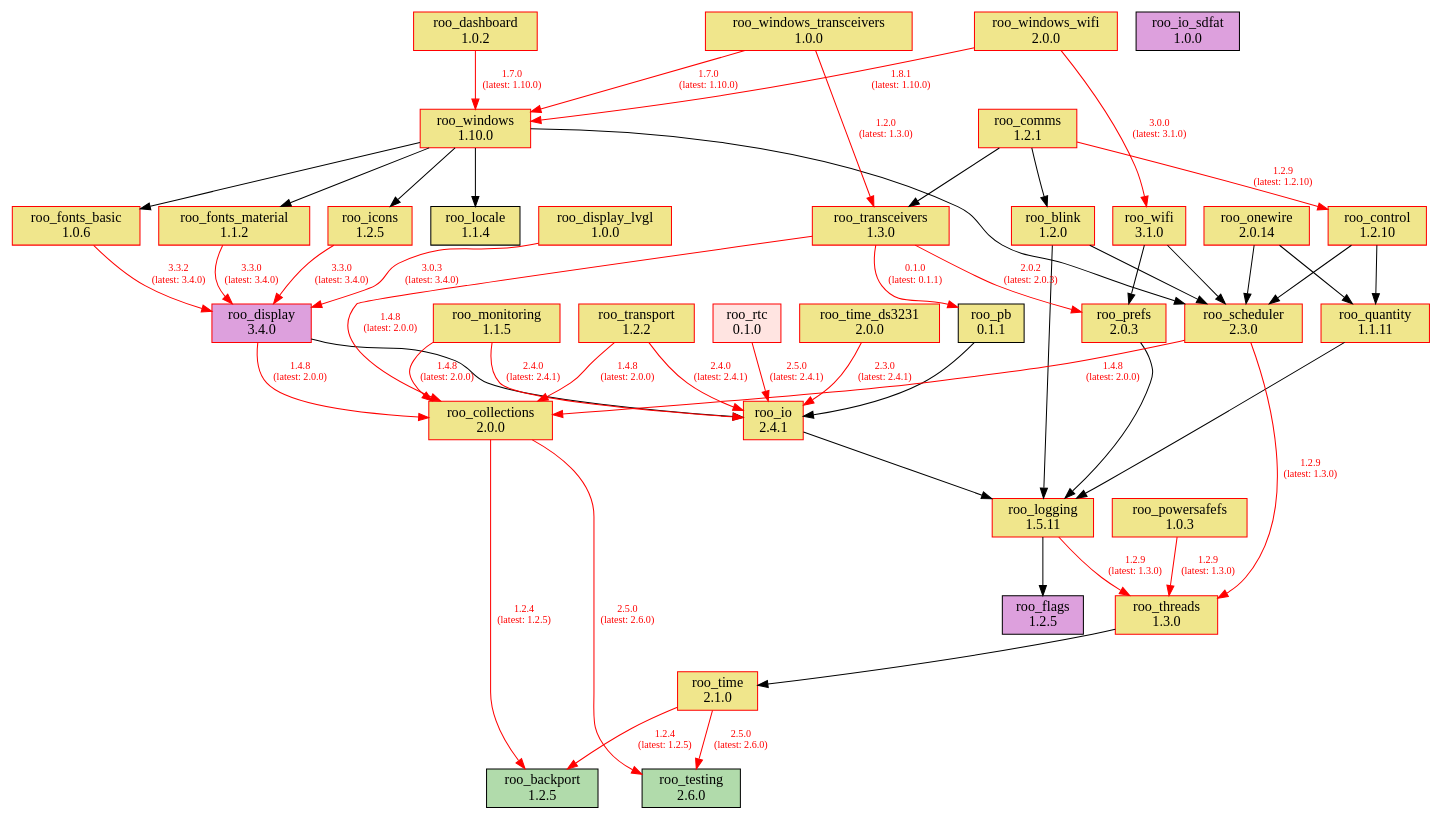
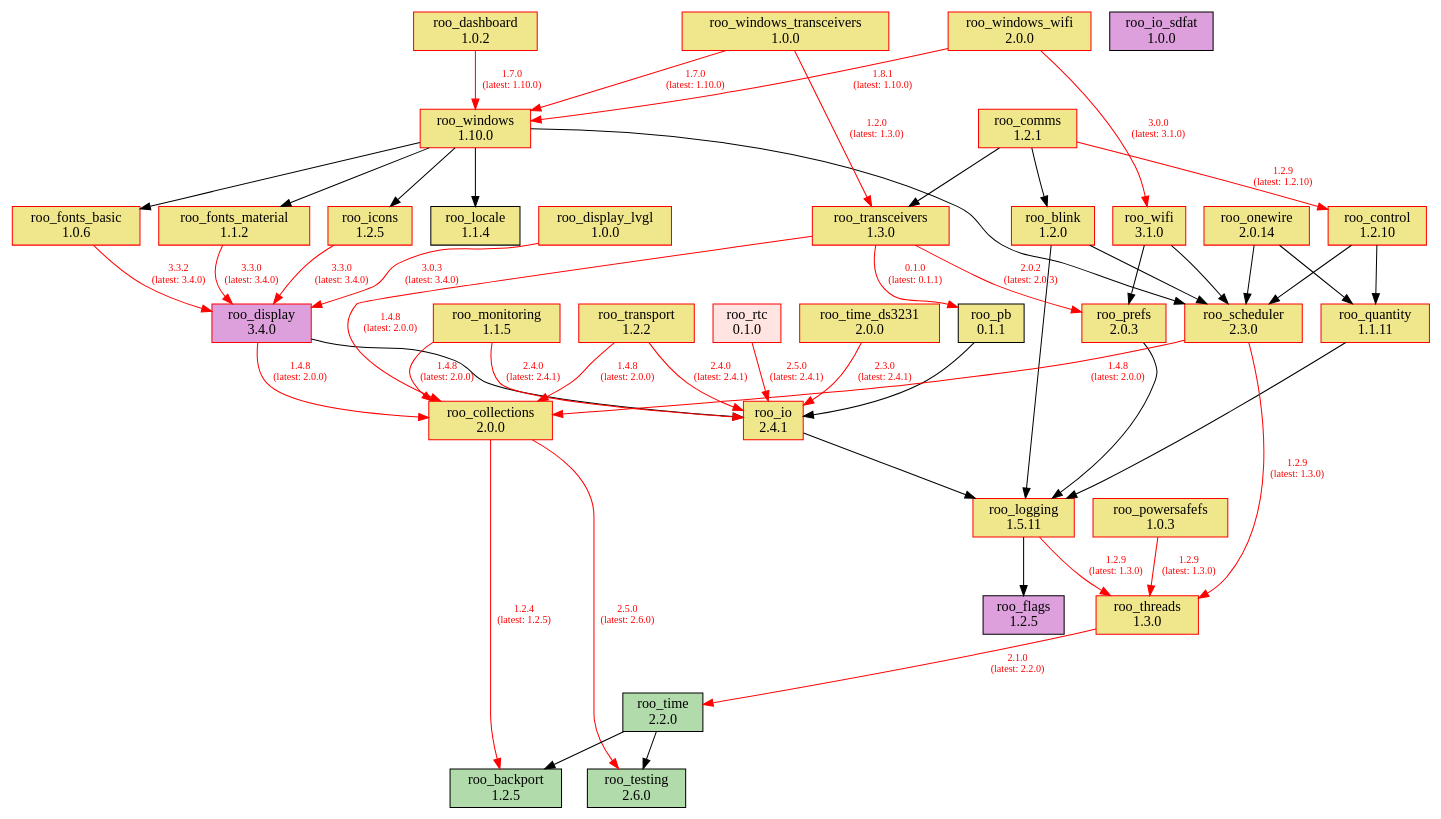
The diagram in doc/dependencies.dot (dejwk/roo-registry), drawn with Graphviz before and after one commit. The commit also changed 3 other files, not shown here.

Commit message:
Added roo_time 2.2.0 to the registry.

```diff
--- a/doc/dependencies.dot
+++ b/doc/dependencies.dot
@@ -1,93 +1,93 @@
 digraph dependencies {
     rankdir=TB;
     node [shape=box, style=filled];
     edge [fontsize=10];
 
     // Modules
     "roo_backport" [label="roo_backport\n1.2.5", fillcolor="#b1dbab", color="black"];
     "roo_blink" [label="roo_blink\n1.2.0", fillcolor="khaki", color="red"];
     "roo_collections" [label="roo_collections\n2.0.0", fillcolor="khaki", color="red"];
     "roo_comms" [label="roo_comms\n1.2.1", fillcolor="khaki", color="red"];
     "roo_control" [label="roo_control\n1.2.10", fillcolor="khaki", color="red"];
     "roo_dashboard" [label="roo_dashboard\n1.0.2", fillcolor="khaki", color="red"];
     "roo_display" [label="roo_display\n3.4.0", fillcolor="plum", color="red"];
     "roo_display_lvgl" [label="roo_display_lvgl\n1.0.0", fillcolor="khaki", color="red"];
     "roo_flags" [label="roo_flags\n1.2.5", fillcolor="plum", color="black"];
     "roo_fonts_basic" [label="roo_fonts_basic\n1.0.6", fillcolor="khaki", color="red"];
     "roo_fonts_material" [label="roo_fonts_material\n1.1.2", fillcolor="khaki", color="red"];
     "roo_icons" [label="roo_icons\n1.2.5", fillcolor="khaki", color="red"];
     "roo_io" [label="roo_io\n2.4.1", fillcolor="khaki", color="red"];
     "roo_io_sdfat" [label="roo_io_sdfat\n1.0.0", fillcolor="plum", color="black"];
     "roo_locale" [label="roo_locale\n1.1.4", fillcolor="khaki", color="black"];
     "roo_logging" [label="roo_logging\n1.5.11", fillcolor="khaki", color="red"];
     "roo_monitoring" [label="roo_monitoring\n1.1.5", fillcolor="khaki", color="red"];
     "roo_onewire" [label="roo_onewire\n2.0.14", fillcolor="khaki", color="red"];
     "roo_pb" [label="roo_pb\n0.1.1", fillcolor="khaki", color="black"];
     "roo_powersafefs" [label="roo_powersafefs\n1.0.3", fillcolor="khaki", color="red"];
     "roo_prefs" [label="roo_prefs\n2.0.3", fillcolor="khaki", color="red"];
     "roo_quantity" [label="roo_quantity\n1.1.11", fillcolor="khaki", color="red"];
     "roo_rtc" [label="roo_rtc\n0.1.0", fillcolor="mistyrose", color="red"];
     "roo_scheduler" [label="roo_scheduler\n2.3.0", fillcolor="khaki", color="red"];
     "roo_testing" [label="roo_testing\n2.6.0", fillcolor="#b1dbab", color="black"];
     "roo_threads" [label="roo_threads\n1.3.0", fillcolor="khaki", color="red"];
-    "roo_time" [label="roo_time\n2.1.0", fillcolor="khaki", color="red"];
+    "roo_time" [label="roo_time\n2.2.0", fillcolor="#b1dbab", color="black"];
     "roo_time_ds3231" [label="roo_time_ds3231\n2.0.0", fillcolor="khaki", color="red"];
     "roo_transceivers" [label="roo_transceivers\n1.3.0", fillcolor="khaki", color="red"];
     "roo_transport" [label="roo_transport\n1.2.2", fillcolor="khaki", color="red"];
     "roo_wifi" [label="roo_wifi\n3.1.0", fillcolor="khaki", color="red"];
     "roo_windows" [label="roo_windows\n1.10.0", fillcolor="khaki", color="red"];
     "roo_windows_transceivers" [label="roo_windows_transceivers\n1.0.0", fillcolor="khaki", color="red"];
     "roo_windows_wifi" [label="roo_windows_wifi\n2.0.0", fillcolor="khaki", color="red"];
 
     // Dependencies
     "roo_blink" -> "roo_logging";
     "roo_blink" -> "roo_scheduler";
     "roo_collections" -> "roo_testing" [color=red, fontcolor=red, label="2.5.0\n(latest: 2.6.0)"];
     "roo_collections" -> "roo_backport" [color=red, fontcolor=red, label="1.2.4\n(latest: 1.2.5)"];
     "roo_comms" -> "roo_blink";
     "roo_comms" -> "roo_control" [color=red, fontcolor=red, label="1.2.9\n(latest: 1.2.10)"];
     "roo_comms" -> "roo_transceivers";
     "roo_control" -> "roo_quantity";
     "roo_control" -> "roo_scheduler";
     "roo_dashboard" -> "roo_windows" [color=red, fontcolor=red, label="1.7.0\n(latest: 1.10.0)"];
     "roo_display" -> "roo_collections" [color=red, fontcolor=red, label="1.4.8\n(latest: 2.0.0)"];
     "roo_display" -> "roo_io";
     "roo_display_lvgl" -> "roo_display" [color=red, fontcolor=red, label="3.0.3\n(latest: 3.4.0)"];
     "roo_fonts_basic" -> "roo_display" [color=red, fontcolor=red, label="3.3.2\n(latest: 3.4.0)"];
     "roo_fonts_material" -> "roo_display" [color=red, fontcolor=red, label="3.3.0\n(latest: 3.4.0)"];
     "roo_icons" -> "roo_display" [color=red, fontcolor=red, label="3.3.0\n(latest: 3.4.0)"];
     "roo_io" -> "roo_logging";
     "roo_logging" -> "roo_flags";
     "roo_logging" -> "roo_threads" [color=red, fontcolor=red, label="1.2.9\n(latest: 1.3.0)"];
     "roo_monitoring" -> "roo_collections" [color=red, fontcolor=red, label="1.4.8\n(latest: 2.0.0)"];
     "roo_monitoring" -> "roo_io" [color=red, fontcolor=red, label="2.4.0\n(latest: 2.4.1)"];
     "roo_onewire" -> "roo_scheduler";
     "roo_onewire" -> "roo_quantity";
     "roo_pb" -> "roo_io";
     "roo_powersafefs" -> "roo_threads" [color=red, fontcolor=red, label="1.2.9\n(latest: 1.3.0)"];
     "roo_prefs" -> "roo_logging";
     "roo_quantity" -> "roo_logging";
     "roo_rtc" -> "roo_io" [color=red, fontcolor=red, label="2.5.0\n(latest: 2.4.1)"];
     "roo_scheduler" -> "roo_collections" [color=red, fontcolor=red, label="1.4.8\n(latest: 2.0.0)"];
     "roo_scheduler" -> "roo_threads" [color=red, fontcolor=red, label="1.2.9\n(latest: 1.3.0)"];
-    "roo_threads" -> "roo_time";
-    "roo_time" -> "roo_testing" [color=red, fontcolor=red, label="2.5.0\n(latest: 2.6.0)"];
-    "roo_time" -> "roo_backport" [color=red, fontcolor=red, label="1.2.4\n(latest: 1.2.5)"];
+    "roo_threads" -> "roo_time" [color=red, fontcolor=red, label="2.1.0\n(latest: 2.2.0)"];
+    "roo_time" -> "roo_testing";
+    "roo_time" -> "roo_backport";
     "roo_time_ds3231" -> "roo_io" [color=red, fontcolor=red, label="2.3.0\n(latest: 2.4.1)"];
     "roo_transceivers" -> "roo_pb" [color=red, fontcolor=red, label="0.1.0\n(latest: 0.1.1)"];
     "roo_transceivers" -> "roo_collections" [color=red, fontcolor=red, label="1.4.8\n(latest: 2.0.0)"];
     "roo_transceivers" -> "roo_prefs" [color=red, fontcolor=red, label="2.0.2\n(latest: 2.0.3)"];
     "roo_transport" -> "roo_collections" [color=red, fontcolor=red, label="1.4.8\n(latest: 2.0.0)"];
     "roo_transport" -> "roo_io" [color=red, fontcolor=red, label="2.4.0\n(latest: 2.4.1)"];
     "roo_wifi" -> "roo_prefs";
     "roo_wifi" -> "roo_scheduler";
     "roo_windows" -> "roo_fonts_basic";
     "roo_windows" -> "roo_fonts_material";
     "roo_windows" -> "roo_locale";
     "roo_windows" -> "roo_icons";
     "roo_windows" -> "roo_scheduler";
     "roo_windows_transceivers" -> "roo_transceivers" [color=red, fontcolor=red, label="1.2.0\n(latest: 1.3.0)"];
     "roo_windows_transceivers" -> "roo_windows" [color=red, fontcolor=red, label="1.7.0\n(latest: 1.10.0)"];
     "roo_windows_wifi" -> "roo_wifi" [color=red, fontcolor=red, label="3.0.0\n(latest: 3.1.0)"];
     "roo_windows_wifi" -> "roo_windows" [color=red, fontcolor=red, label="1.8.1\n(latest: 1.10.0)"];
 }
```
